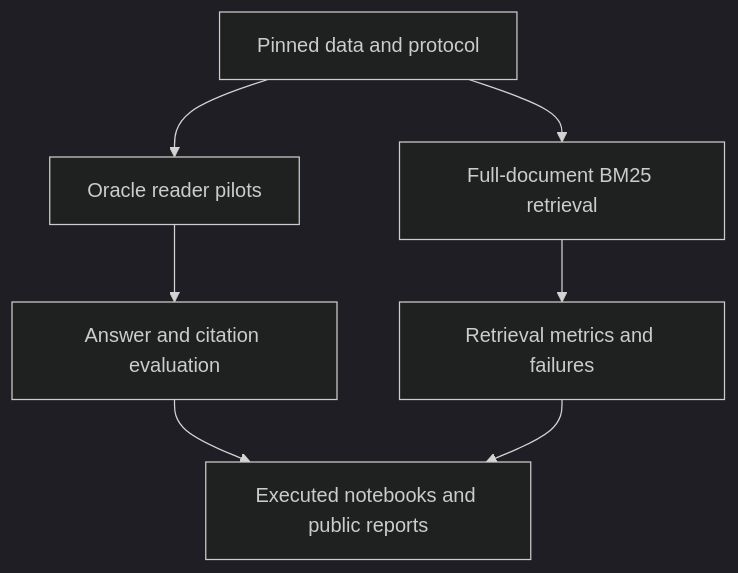
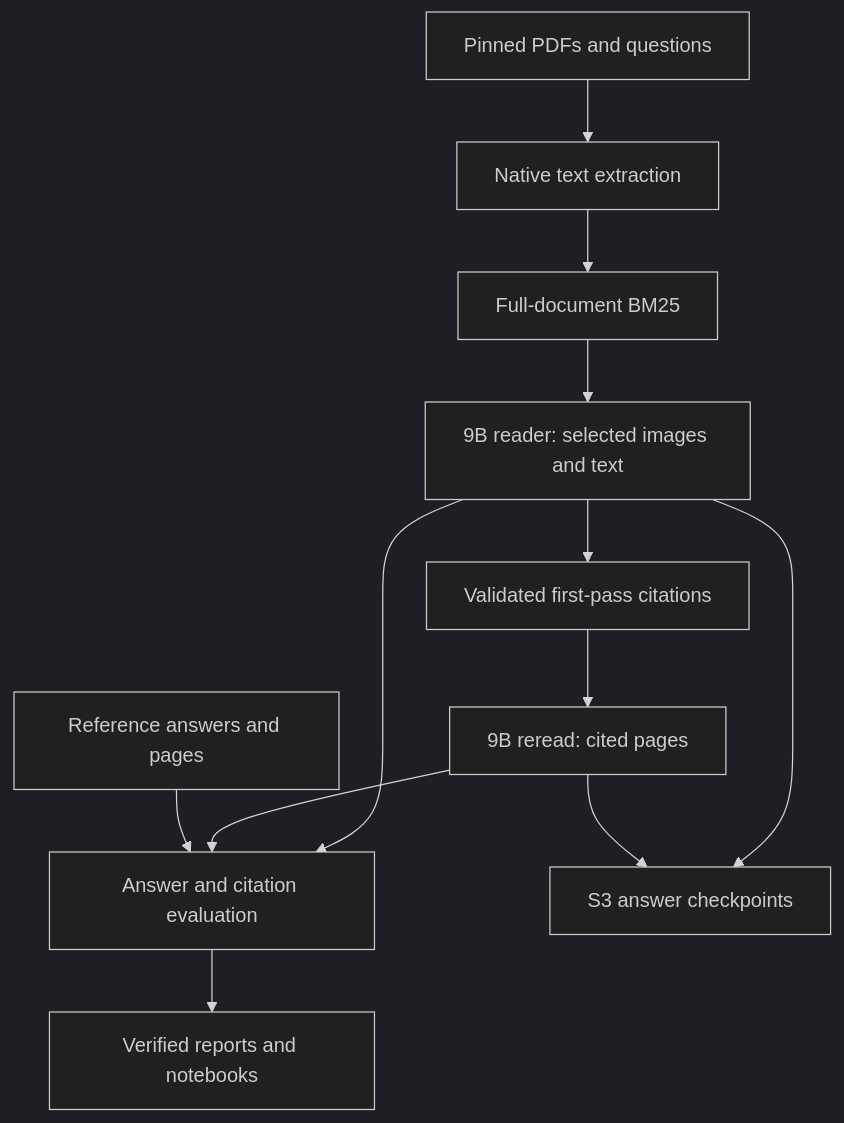
The diagram in docs/architecture.md (alvaromendizabal/lava-aws-multilingual-docvqa), drawn with Mermaid (dark theme) before and after one commit. The commit also changed other lines of this file and 27 other files, not shown here.

````diff
--- a/docs/architecture.md
+++ b/docs/architecture.md
@@ -5,9 +5,14 @@
 ```mermaid
 flowchart TD
-    P["Pinned data and protocol"] --> O["Oracle reader pilots"]
-    P --> R["Full-document BM25 retrieval"]
-    O --> E["Answer and citation evaluation"]
-    R --> Q["Retrieval metrics and failures"]
-    E --> N["Executed notebooks and public reports"]
-    Q --> N
+    P["Pinned PDFs and questions"] --> T["Native text extraction"]
+    T --> B["Full-document BM25"]
+    B --> R["9B reader: selected images and text"]
+    R --> C["Validated first-pass citations"]
+    C --> S["9B reread: cited pages"]
+    R --> E["Answer and citation evaluation"]
+    S --> E
+    G["Reference answers and pages"] --> E
+    E --> N["Verified reports and notebooks"]
+    R --> K["S3 answer checkpoints"]
+    S --> K
 ```
````
